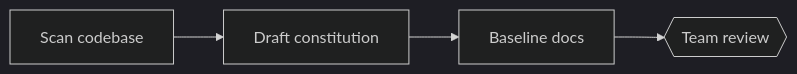
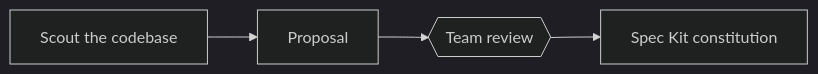
The fourth of 4 diagrams in docs/wiki/Product-Overview.md (vishalkhondre/speckit-aisdlc), drawn with Mermaid (dark theme) before and after one commit. The commit also changed other lines of this file and 8 other files, not shown here.

````diff
--- a/docs/wiki/Product-Overview.md
+++ b/docs/wiki/Product-Overview.md
@@ -60,4 +83,4 @@
 ```mermaid
 flowchart LR
-    A[Scan codebase] --> B[Draft constitution] --> C[Baseline docs] --> G1{{Team review}}
+    A[Scout the codebase] --> B[Proposal] --> G1{{Team review}} --> C[Spec Kit constitution]
 ```
````
